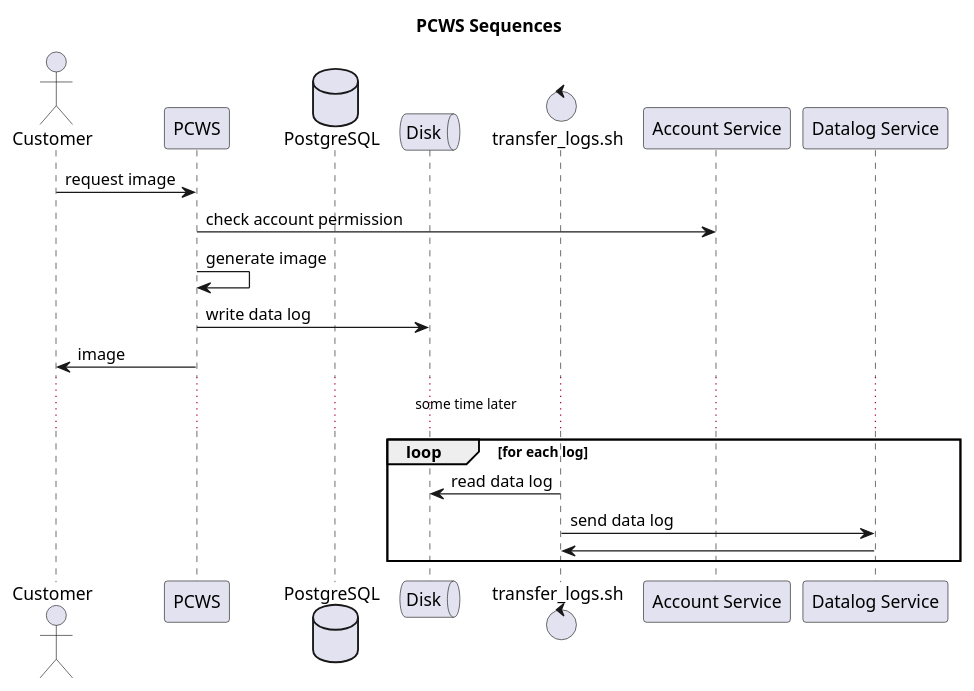
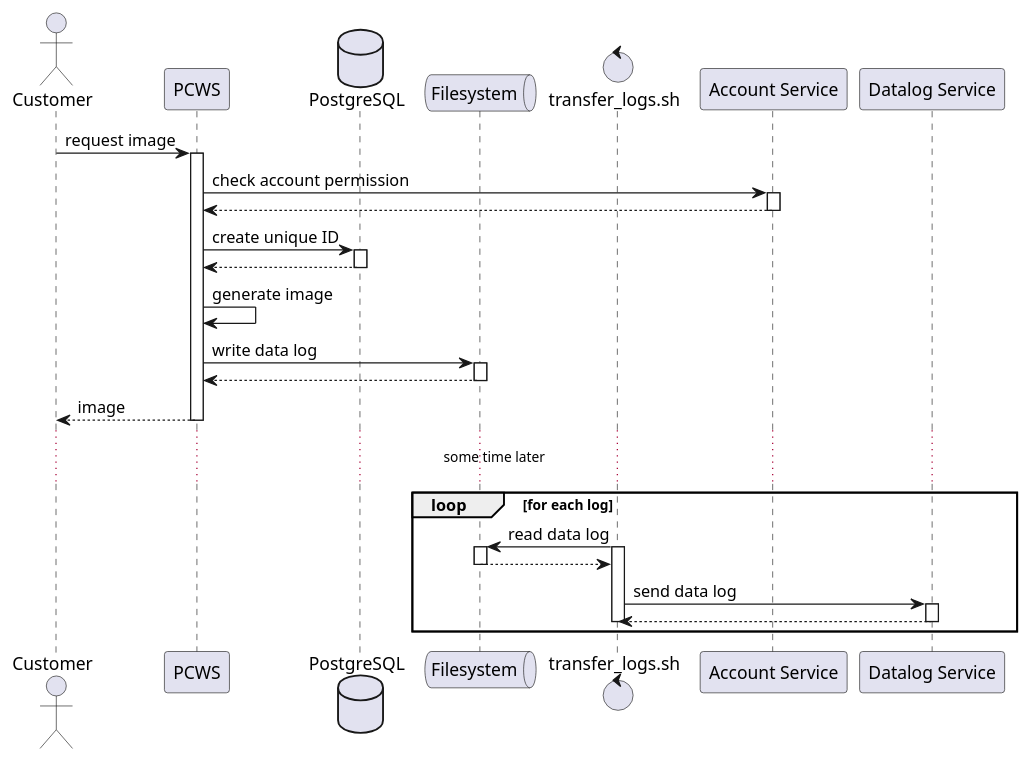
The diagram in img/sequence.puml (SamuelBucheliZ/bfh-apptrans-exercise), drawn with PlantUML before and after one commit. The commit also changed 5 other files, not shown here.

```diff
--- a/img/sequence.puml
+++ b/img/sequence.puml
@@ -1,28 +1,49 @@
 @startuml
-
-title PCWS Sequences
 
 actor Customer
 participant PCWS
 database PostgreSQL
-queue Disk
+queue Filesystem
 control transfer_logs.sh
 participant "Account Service" as AccountService
 participant "Datalog Service" as DatalogService
 
 Customer -> PCWS: request image
+activate PCWS
+
 
 PCWS -> AccountService: check account permission
+activate AccountService
+PCWS <-- AccountService
+deactivate AccountService
+
+PCWS -> PostgreSQL: create unique ID
+activate PostgreSQL
+PCWS <-- PostgreSQL
+deactivate PostgreSQL
 PCWS -> PCWS: generate image
-PCWS -> Disk: write data log
 
-Customer <- PCWS: image
+PCWS -> Filesystem: write data log
+activate Filesystem
+PCWS <-- Filesystem
+deactivate Filesystem
+
+Customer <-- PCWS: image
+deactivate PCWS
 
 ... some time later ...
 
+
 loop for each log
-  transfer_logs.sh -> Disk: read data log
+  transfer_logs.sh -> Filesystem: read data log
+  activate transfer_logs.sh
+  activate Filesystem
+  transfer_logs.sh <-- Filesystem
+  deactivate Filesystem
   transfer_logs.sh -> DatalogService: send data log
-  transfer_logs.sh <- DatalogService
+  activate DatalogService
+  transfer_logs.sh <-- DatalogService
+  deactivate DatalogService
+  deactivate transfer_logs.sh
 end log
 @enduml
```
